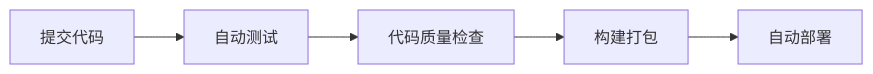
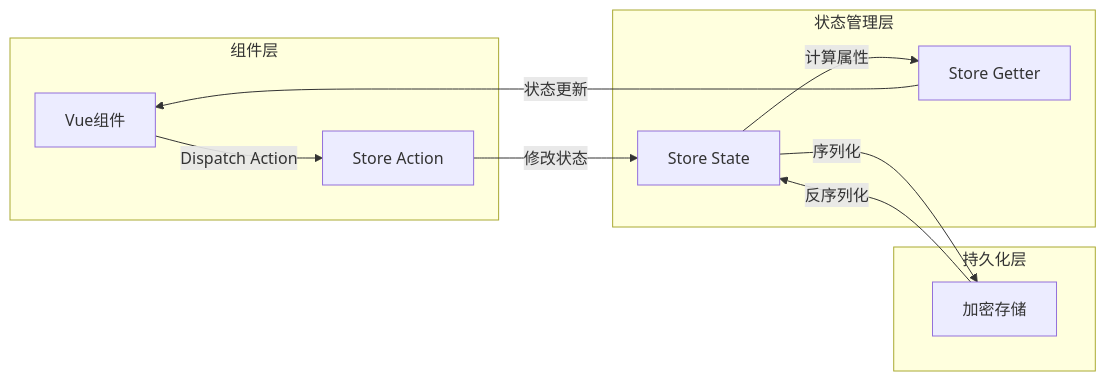
One commit to Arabeseque/SwiftCart changed the second of 3 diagrams in DESIGN.md. Above: the diagram before and after it, drawn with Mermaid. The commit also changed other lines of this file and 11 other files, not shown here.

````diff
--- a/DESIGN.md
+++ b/DESIGN.md
@@ -140,7 +303,17 @@
 ```mermaid
 graph LR
-    A[提交代码] --> B[自动测试]
-    B --> C[代码质量检查]
-    C --> D[构建打包]
-    D --> E[自动部署]
+    subgraph 组件层
+        A[Vue组件] --> |Dispatch Action| B[Store Action]
+    end
+    
+    subgraph 状态管理层
+        B --> |修改状态| C[Store State]
+        C --> |计算属性| D[Store Getter]
+        D --> |状态更新| A
+    end
+    
+    subgraph 持久化层
+        C --> |序列化| E[加密存储]
+        E --> |反序列化| C
+    end
 ```
````
